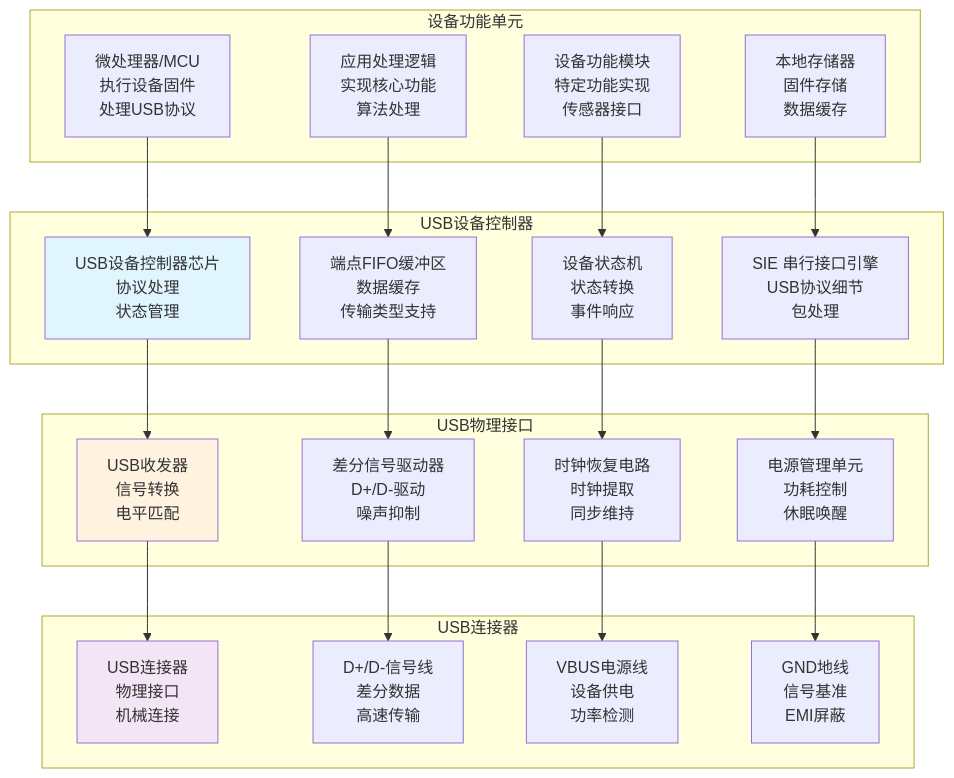
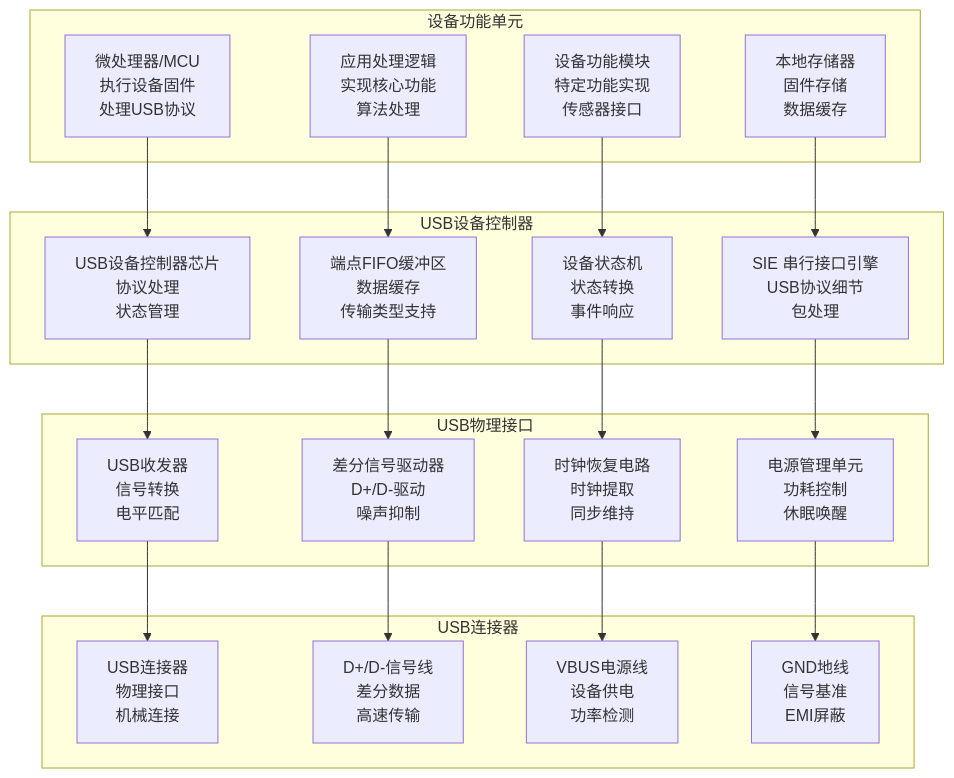
One commit to TbusOS/usb-learn changed the third of 18 diagrams in 09-USB系统框架图解-可视化版.md. Above: the diagram before and after it, drawn with Mermaid. The commit also changed other lines of this file and 1 other file, not shown here.

````diff
--- a/09-USB系统框架图解-可视化版.md
+++ b/09-USB系统框架图解-可视化版.md
@@ -164,51 +157,49 @@
 ```mermaid
 graph TD
     subgraph "设备功能单元"
         A1[微处理器/MCU<br/>执行设备固件<br/>处理USB协议]
         A2[应用处理逻辑<br/>实现核心功能<br/>算法处理]
         A3[设备功能模块<br/>特定功能实现<br/>传感器接口]
         A4[本地存储器<br/>固件存储<br/>数据缓存]
     end
     
     subgraph "USB设备控制器"
         B1[USB设备控制器芯片<br/>协议处理<br/>状态管理]
         B2[端点FIFO缓冲区<br/>数据缓存<br/>传输类型支持]
         B3[设备状态机<br/>状态转换<br/>事件响应]
         B4[SIE 串行接口引擎<br/>USB协议细节<br/>包处理]
     end
     
     subgraph "USB物理接口"
         C1[USB收发器<br/>信号转换<br/>电平匹配]
         C2[差分信号驱动器<br/>D+/D-驱动<br/>噪声抑制]
         C3[时钟恢复电路<br/>时钟提取<br/>同步维持]
         C4[电源管理单元<br/>功耗控制<br/>休眠唤醒]
     end
     
     subgraph "USB连接器"
         D1[USB连接器<br/>物理接口<br/>机械连接]
         D2[D+/D-信号线<br/>差分数据<br/>高速传输]
         D3[VBUS电源线<br/>设备供电<br/>功率检测]
         D4[GND地线<br/>信号基准<br/>EMI屏蔽]
     end
     
     %% 连接关系
     A1 --> B1
     A2 --> B2
     A3 --> B3
     A4 --> B4
     
     B1 --> C1
     B2 --> C2
     B3 --> C3
     B4 --> C4
     
     C1 --> D1
     C2 --> D2
     C3 --> D3
     C4 --> D4
     
     %% 样式
-    style B1 fill:#e1f5fe
-    style C1 fill:#fff3e0
-    style D1 fill:#f3e5f5
+
 ```
````
